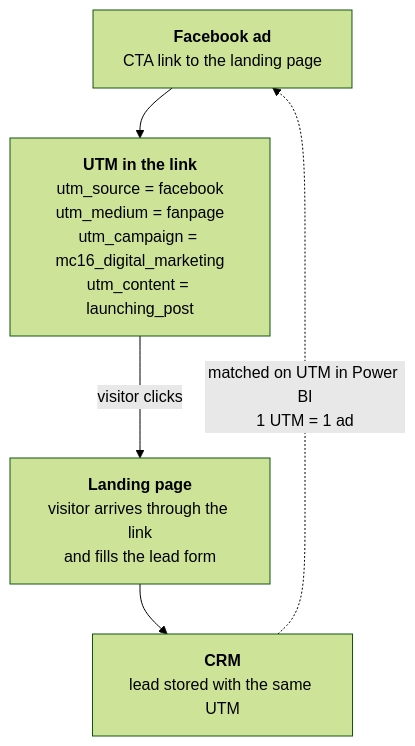
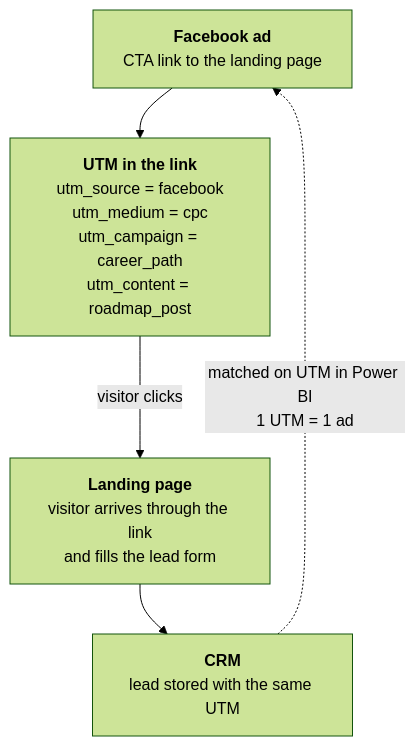
One commit to tuhoang3112/fb-ads-lead-attribution changed the first of 5 diagrams in README.md. Above: the diagram before and after it, drawn with Mermaid (forest theme). The commit also changed other lines of this file and 1 other file, not shown here.

````diff
--- a/README.md
+++ b/README.md
@@ -76,11 +75,11 @@
 ```mermaid
 flowchart TD
   A["<b>Facebook ad</b><br/>CTA link to the landing page"]
-  U["<b>UTM in the link</b><br/>utm_source = facebook<br/>utm_medium = fanpage<br/>utm_campaign = mc16_digital_marketing<br/>utm_content = launching_post"]
+  U["<b>UTM in the link</b><br/>utm_source = facebook<br/>utm_medium = cpc<br/>utm_campaign = career_path<br/>utm_content = roadmap_post"]
   V["<b>Landing page</b><br/>visitor arrives through the link<br/>and fills the lead form"]
   L["<b>CRM</b><br/>lead stored with the same UTM"]
   A --> U
   U -->|"visitor clicks"| V
   V --> L
   L -. "matched on UTM in Power BI<br/>1 UTM = 1 ad" .-> A
 ```
````
